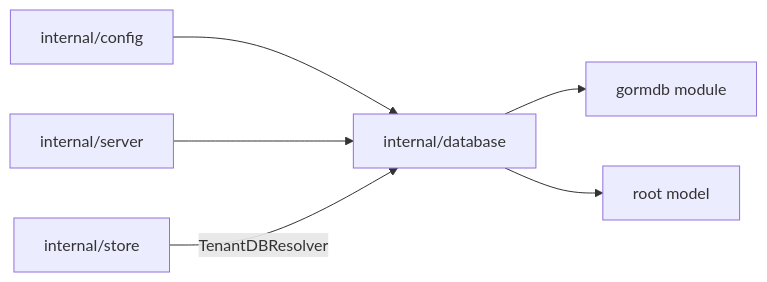
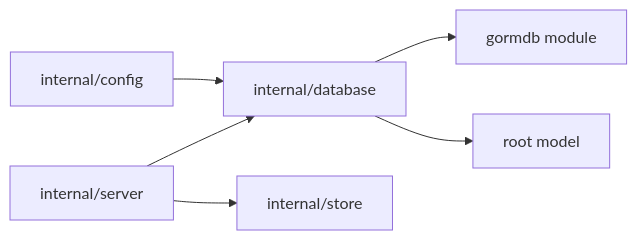
The diagram in server/internal/database/DESIGN.md (discobox-ai/discobox), drawn with Mermaid before and after one commit. The commit also changed other lines of this file and 88 other files, not shown here.

Commit message:
refactor: remove tenant database architecture

````diff
--- a/server/internal/database/DESIGN.md
+++ b/server/internal/database/DESIGN.md
@@ -10,8 +9,8 @@
 ```mermaid
 flowchart LR
     config[internal/config] --> database[internal/database]
     server[internal/server] --> database
-    store[internal/store] -->|TenantDBResolver| database
+    server[internal/server] --> store[internal/store]
     database --> gormdb[gormdb module]
     database --> model[root model]
 ```
````
